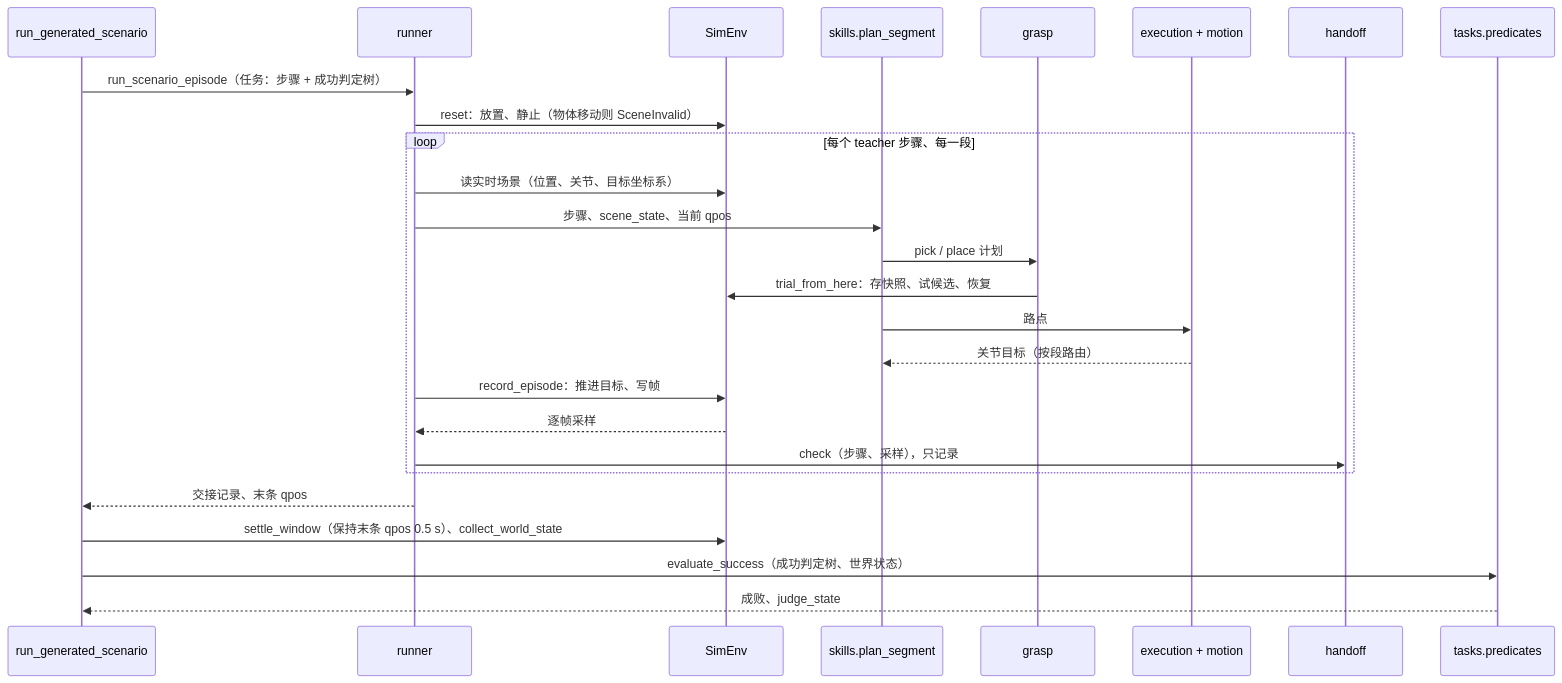
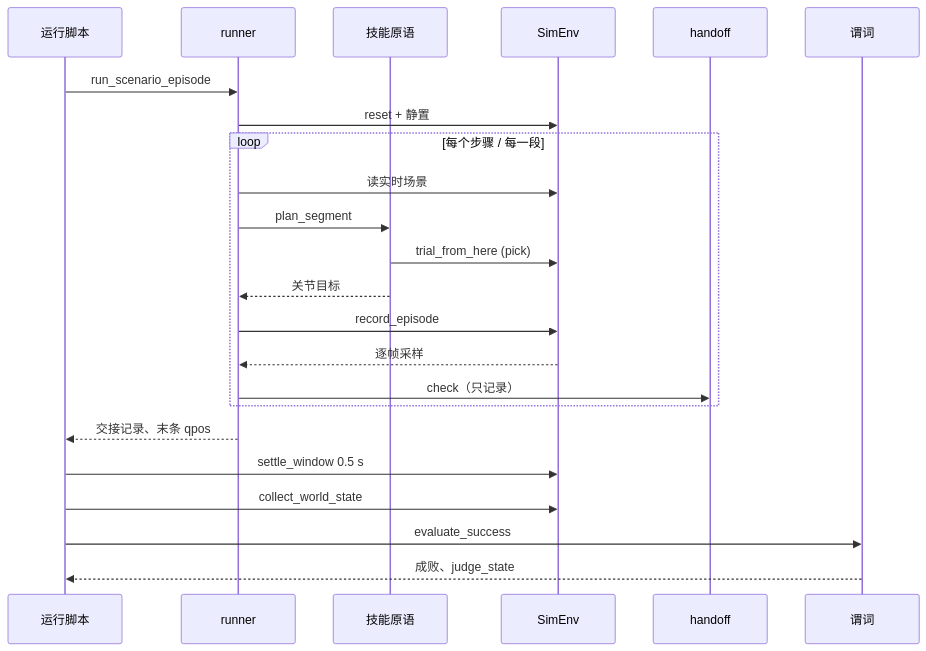
The third of 4 diagrams in docs/design-cn.md (ZJLi2013/RoboSmith), drawn with Mermaid before and after one commit. The commit also changed other lines of this file and 1 other file, not shown here.

Commit message:
docs(design): component view top-down and a six-lane episode sequence so both stay readable at page width

````diff
--- a/docs/design-cn.md
+++ b/docs/design-cn.md
@@ -188,28 +192,25 @@
 ```mermaid
 sequenceDiagram
-    participant S as run_generated_scenario
+    participant S as 运行脚本
     participant R as runner
+    participant K as 技能原语
     participant E as SimEnv
-    participant K as skills.plan_segment
-    participant G as grasp
-    participant M as execution + motion
     participant H as handoff
-    participant J as tasks.predicates
-    S->>R: run_scenario_episode（任务：步骤 + 成功判定树）
-    R->>E: reset：放置、静止（物体移动则 SceneInvalid）
-    loop 每个 teacher 步骤、每一段
-        R->>E: 读实时场景（位置、关节、目标坐标系）
-        R->>K: 步骤、scene_state、当前 qpos
-        K->>G: pick / place 计划
-        G->>E: trial_from_here：存快照、试候选、恢复
-        K->>M: 路点
-        M-->>K: 关节目标（按段路由）
-        R->>E: record_episode：推进目标、写帧
+    participant J as 谓词
+    S->>R: run_scenario_episode
+    R->>E: reset + 静置
+    loop 每个步骤 / 每一段
+        R->>E: 读实时场景
+        R->>K: plan_segment
+        K->>E: trial_from_here (pick)
+        K-->>R: 关节目标
+        R->>E: record_episode
         E-->>R: 逐帧采样
-        R->>H: check（步骤、采样），只记录
+        R->>H: check（只记录）
     end
     R-->>S: 交接记录、末条 qpos
-    S->>E: settle_window（保持末条 qpos 0.5 s）、collect_world_state
-    S->>J: evaluate_success（成功判定树、世界状态）
+    S->>E: settle_window 0.5 s
+    S->>E: collect_world_state
+    S->>J: evaluate_success
     J-->>S: 成败、judge_state
 ```
````
